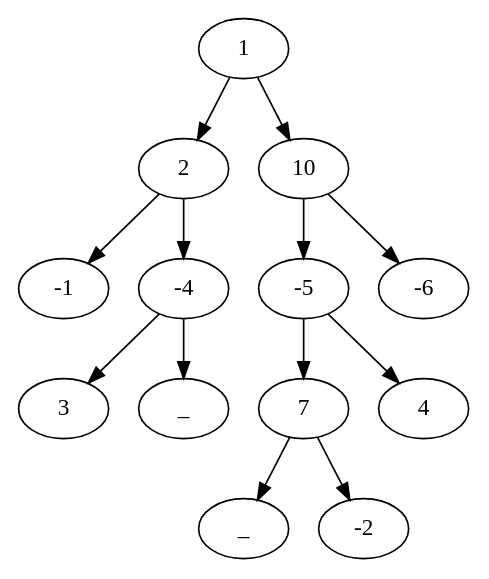
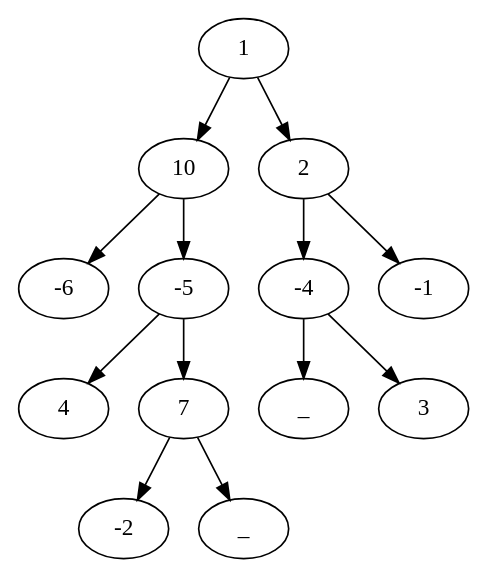
Before and after one commit to migueltoro/adda_v3: the diagram in EjemplosParteComun/ficheros/tree.gv, drawn with Graphviz. The commit also changed 238 other files, not shown here.

```diff
--- a/EjemplosParteComun/ficheros/tree.gv
+++ b/EjemplosParteComun/ficheros/tree.gv
@@ -1,27 +1,27 @@
 strict digraph G {
   1 [ label="1" ];
-  2 [ label="2" ];
-  3 [ label="-1" ];
-  4 [ label="-4" ];
-  5 [ label="3" ];
-  6 [ label="_" ];
-  7 [ label="10" ];
-  8 [ label="-5" ];
-  9 [ label="7" ];
-  10 [ label="_" ];
-  11 [ label="-2" ];
-  12 [ label="4" ];
-  13 [ label="-6" ];
+  2 [ label="10" ];
+  3 [ label="-6" ];
+  4 [ label="-5" ];
+  5 [ label="4" ];
+  6 [ label="7" ];
+  7 [ label="-2" ];
+  8 [ label="_" ];
+  9 [ label="2" ];
+  10 [ label="-4" ];
+  11 [ label="_" ];
+  12 [ label="3" ];
+  13 [ label="-1" ];
+  1 -> 9 [ ];
   1 -> 2 [ ];
-  1 -> 7 [ ];
+  9 -> 13 [ ];
+  9 -> 10 [ ];
+  10 -> 12 [ ];
+  10 -> 11 [ ];
+  2 -> 4 [ ];
   2 -> 3 [ ];
-  2 -> 4 [ ];
+  4 -> 6 [ ];
   4 -> 5 [ ];
-  4 -> 6 [ ];
-  7 -> 8 [ ];
-  7 -> 13 [ ];
-  8 -> 9 [ ];
-  8 -> 12 [ ];
-  9 -> 10 [ ];
-  9 -> 11 [ ];
+  6 -> 8 [ ];
+  6 -> 7 [ ];
 }
```
